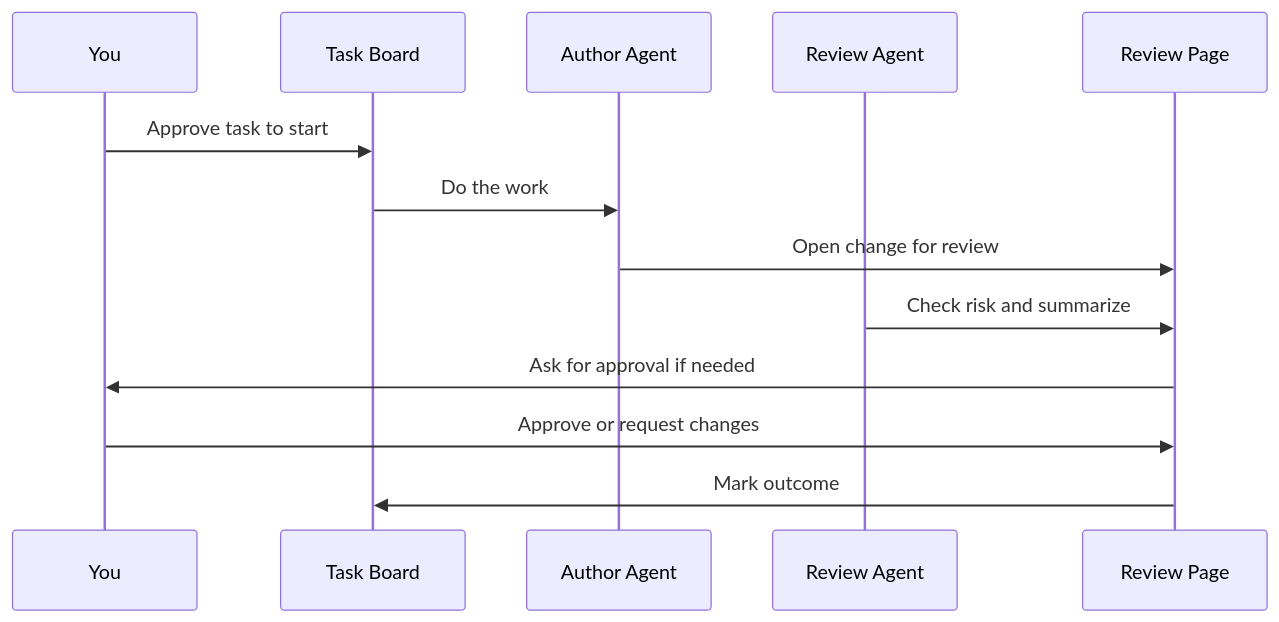
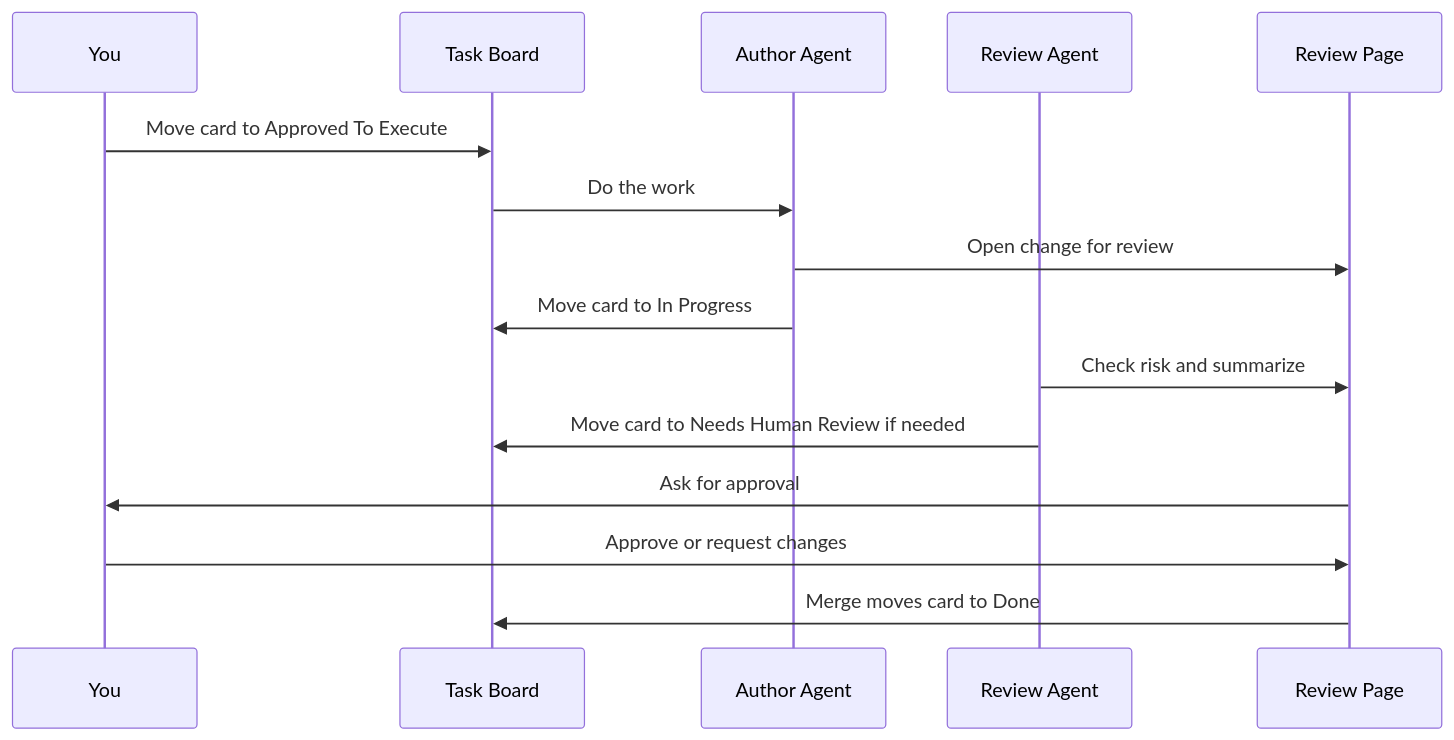
Before and after one commit to ivierlin27/homelab-control: the second of 4 diagrams in docs/HUMAN_INTERFACES.md, drawn with Mermaid. The commit also changed other lines of this file and 5 other files, not shown here.

First line of the commit message:
Document and implement simplified Planka planning flow.

````diff
--- a/docs/HUMAN_INTERFACES.md
+++ b/docs/HUMAN_INTERFACES.md
@@ -107,16 +126,18 @@
 ```mermaid
 sequenceDiagram
     participant Human as You
     participant Board as Task Board
     participant Author as Author Agent
     participant Review as Review Agent
     participant PR as Review Page
 
-    Human->>Board: Approve task to start
+    Human->>Board: Move card to Approved To Execute
     Board->>Author: Do the work
     Author->>PR: Open change for review
+    Author->>Board: Move card to In Progress
     Review->>PR: Check risk and summarize
-    PR->>Human: Ask for approval if needed
+    Review->>Board: Move card to Needs Human Review if needed
+    PR->>Human: Ask for approval
     Human->>PR: Approve or request changes
-    PR->>Board: Mark outcome
+    PR->>Board: Merge moves card to Done
 ```
````
